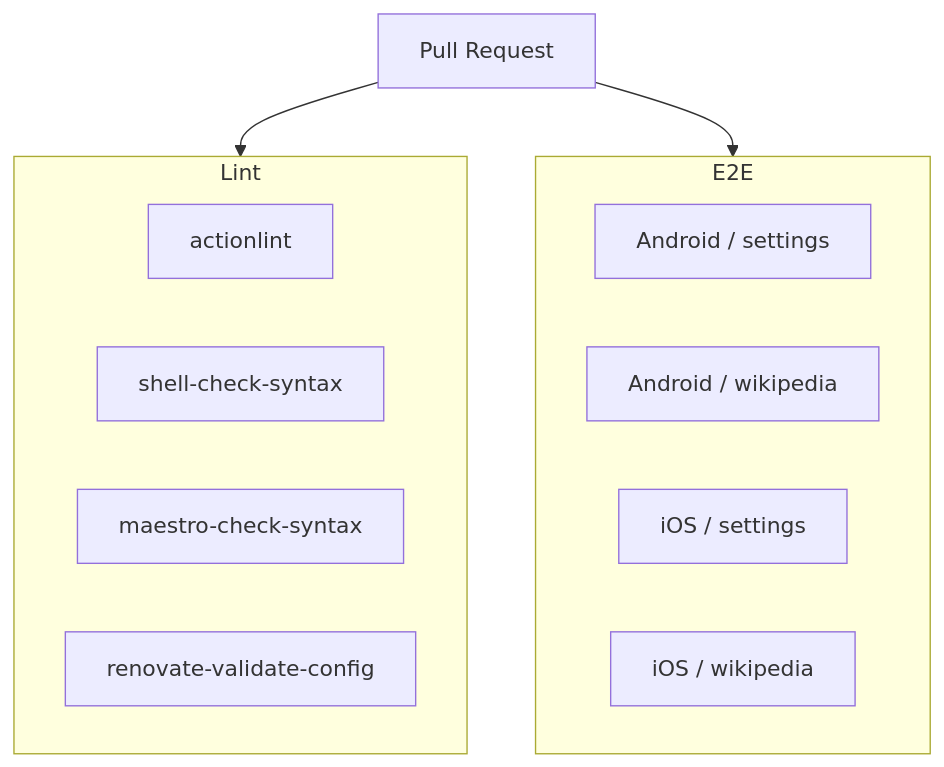
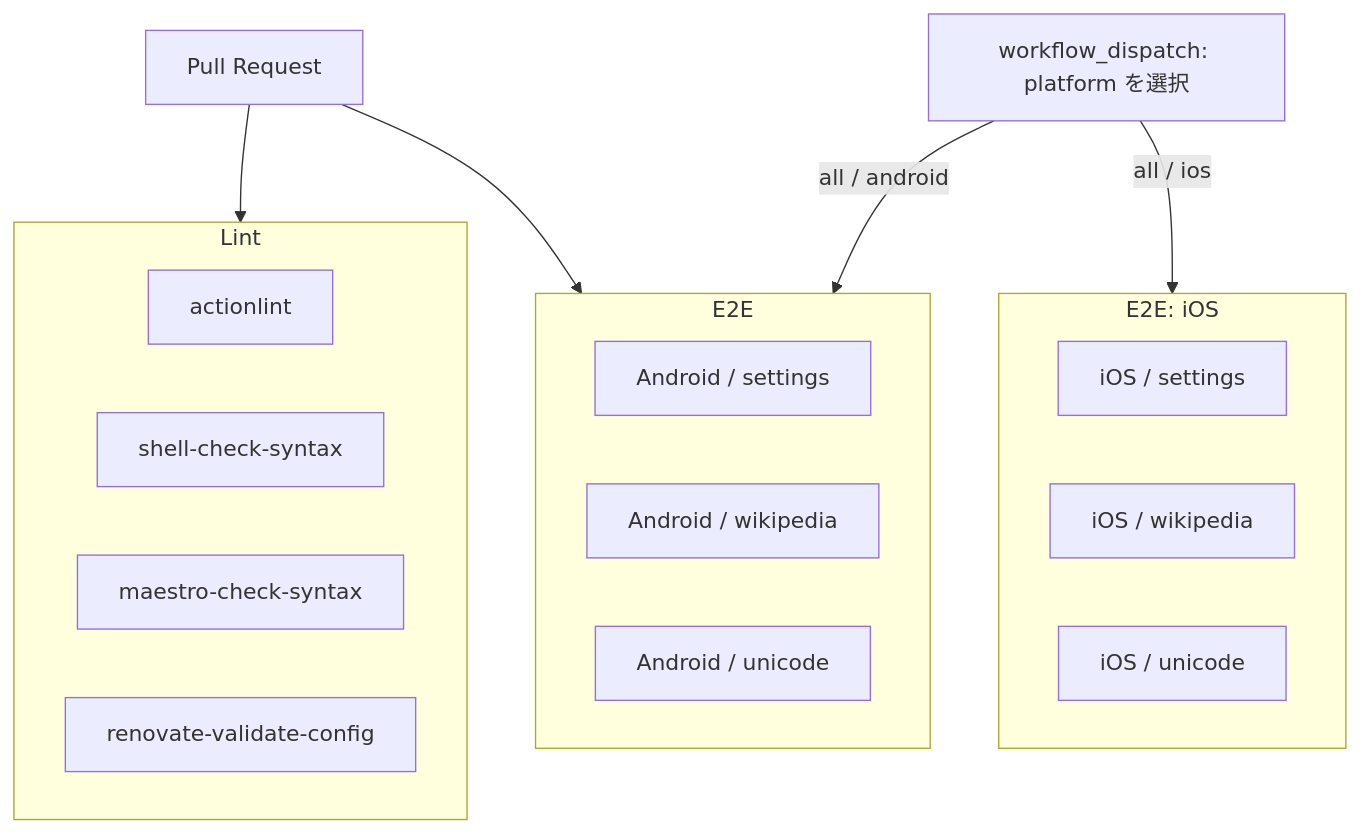
One commit to gkzz/maestro-playground changed the fourth of 6 diagrams in docs/ARCHITECTURE.md. Above: the diagram before and after it, drawn with Mermaid. The commit also changed other lines of this file and 18 other files, not shown here.

First line of the commit message:
Test/ios android japanese input (#27)

````diff
--- a/docs/ARCHITECTURE.md
+++ b/docs/ARCHITECTURE.md
@@ -100,21 +100,29 @@
 ```mermaid
 flowchart TB
   pr[Pull Request]
+  dispatch[workflow_dispatch: platform を選択]
 
   subgraph lint[Lint]
     actionlint[actionlint]
     shell[shell-check-syntax]
     syntax[maestro-check-syntax]
     renovate[renovate-validate-config]
   end
 
   subgraph e2e[E2E]
     androidSettings[Android / settings]
     androidWikipedia[Android / wikipedia]
+    androidUnicode[Android / unicode]
+  end
+
+  subgraph iosE2E[E2E: iOS]
     iosSettings[iOS / settings]
     iosWikipedia[iOS / wikipedia]
+    iosUnicode[iOS / unicode]
   end
 
   pr --> lint
   pr --> e2e
+  dispatch -->|all / android| e2e
+  dispatch -->|all / ios| iosE2E
 ```
````
